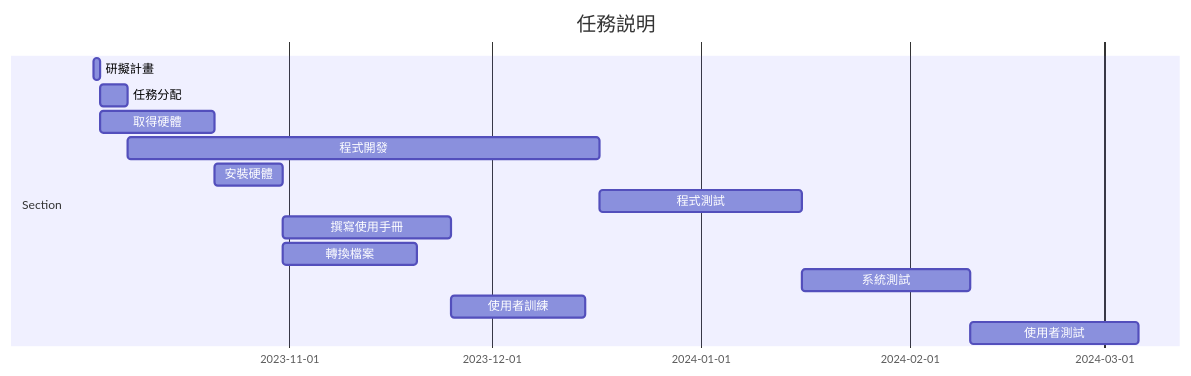
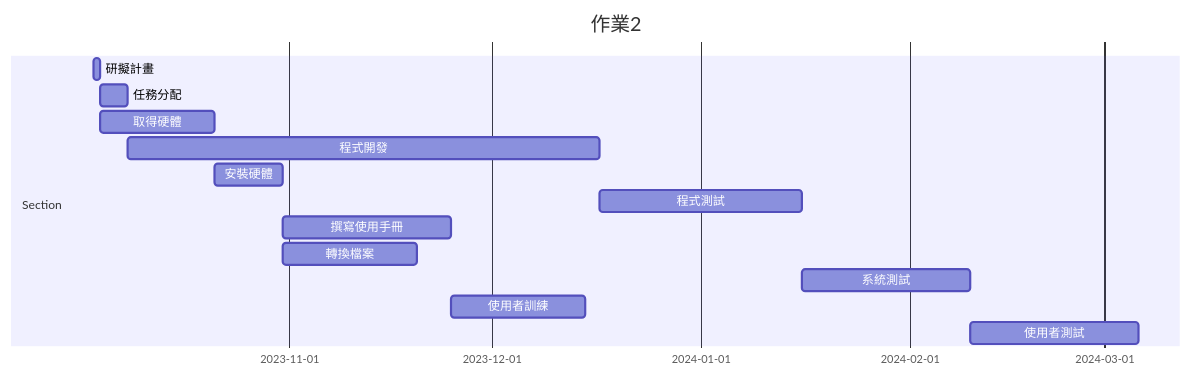
The diagram in hw2.md (ran0302/2023_hi), drawn with Mermaid before and after one commit.

````diff
--- a/hw2.md
+++ b/hw2.md
@@ -4,17 +4,17 @@
 ```mermaid
 gantt
-    title 任務説明
+    title 作業2
 
     section Section
     研擬計畫:a1, 2023-10-03, 1d
     任務分配:a2,after a1  , 4d
     取得硬體:a3,after a1  , 17d
     程式開發:a4,after a2, 70d
     安裝硬體:a5,after a3,10d
     程式測試:a6,after a4,30d
     撰寫使用手冊:a7,after a5,25d
     轉換檔案:a8,after a5,20d
     系統測試:a9,after a6,25d
     使用者訓練:a10,after a7 & a8,20d
     使用者測試:a11,after a9 & a10,25d    
 ```
````
